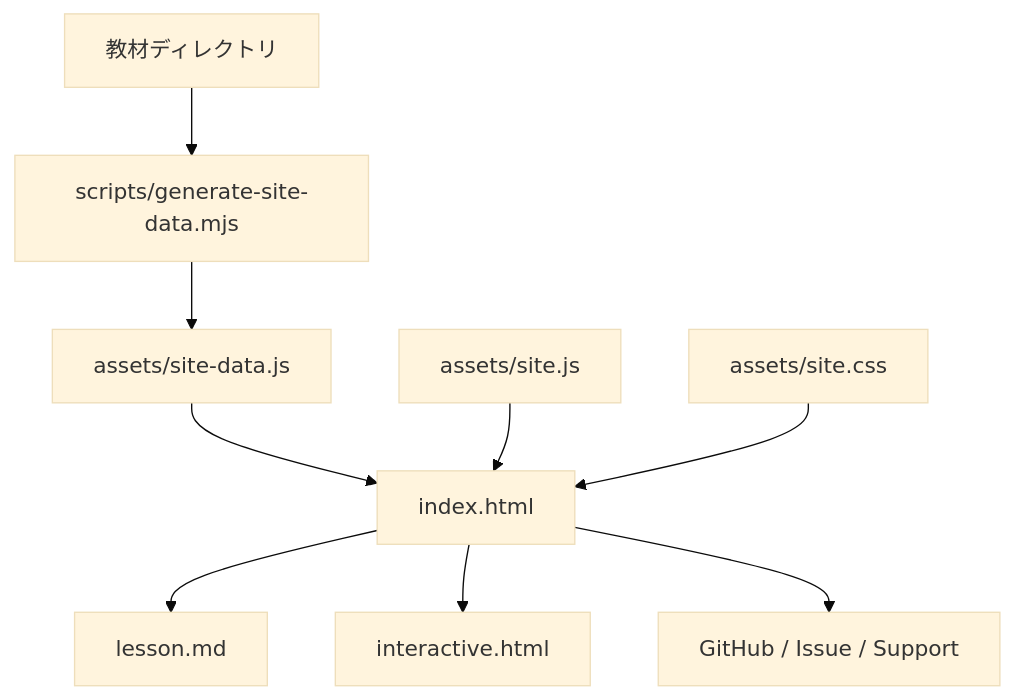
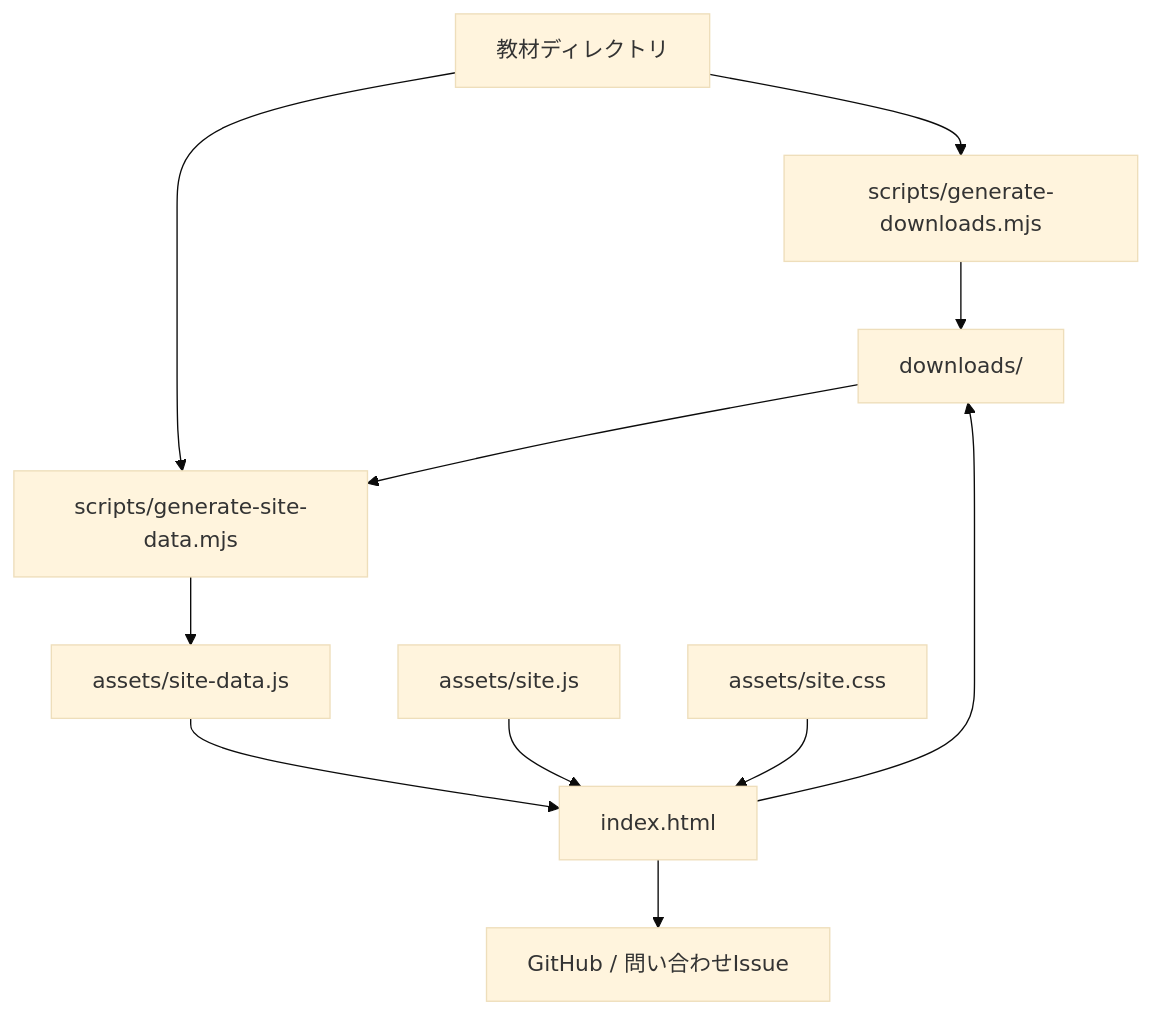
One commit to yt-hsgw/lecture-materials changed the second of 2 diagrams in docs/SITE_STRATEGY.md. Above: the diagram before and after it, drawn with Mermaid (base theme). The commit also changed other lines of this file and 70 other files, not shown here.

````diff
--- a/docs/SITE_STRATEGY.md
+++ b/docs/SITE_STRATEGY.md
@@ -81,11 +89,13 @@
 ```mermaid
 flowchart TD
-    A["教材ディレクトリ"] --> B["scripts/generate-site-data.mjs"]
-    B --> C["assets/site-data.js"]
-    C --> D["index.html"]
-    E["assets/site.js"] --> D
-    F["assets/site.css"] --> D
-    D --> G["lesson.md"]
-    D --> H["interactive.html"]
-    D --> I["GitHub / Issue / Support"]
+    A["教材ディレクトリ"] --> B["scripts/generate-downloads.mjs"]
+    A --> C["scripts/generate-site-data.mjs"]
+    B --> D["downloads/"]
+    D --> C
+    C --> E["assets/site-data.js"]
+    E --> F["index.html"]
+    G["assets/site.js"] --> F
+    H["assets/site.css"] --> F
+    F --> D
+    F --> I["GitHub / 問い合わせIssue"]
 ```
````
